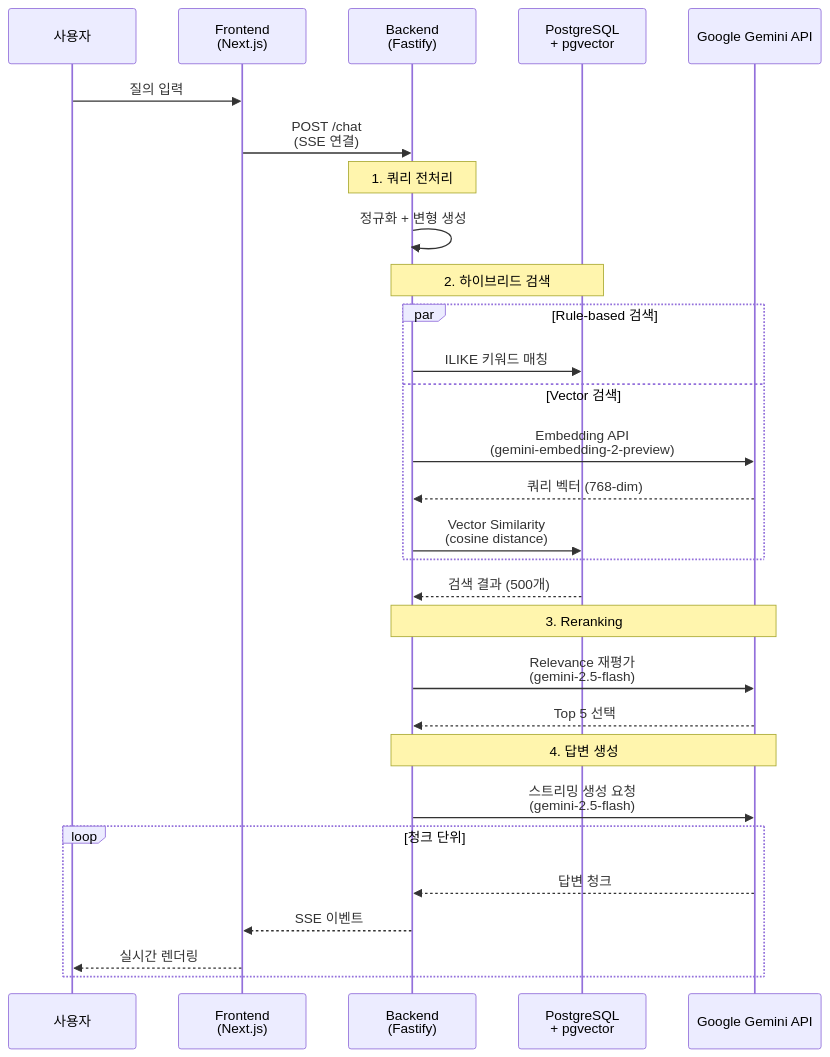
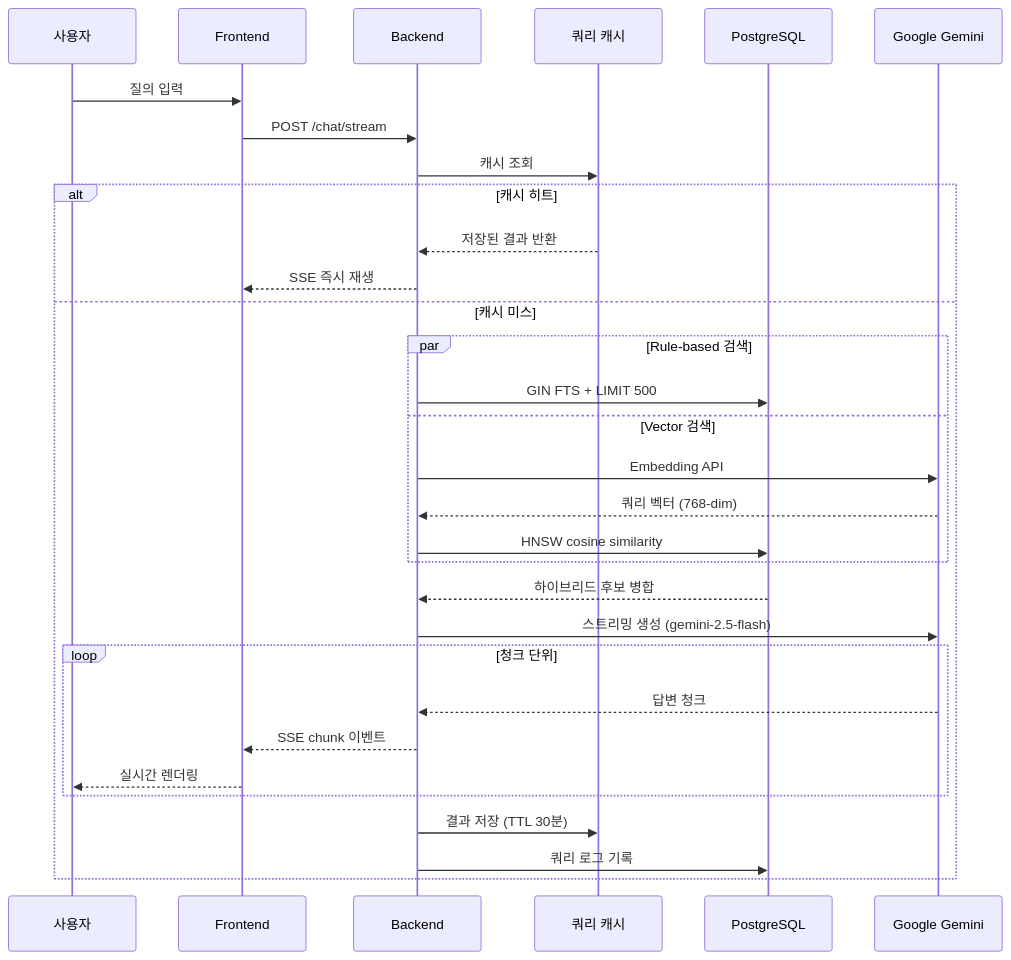
One commit to jdhert/CS-ChatBot changed the third of 3 diagrams in README.md. Above: the diagram before and after it, drawn with Mermaid. The commit also changed other lines of this file, not shown here.

````diff
--- a/README.md
+++ b/README.md
@@ -364,36 +310,34 @@
 ```mermaid
 sequenceDiagram
     participant User as 사용자
-    participant FE as Frontend<br/>(Next.js)
-    participant BE as Backend<br/>(Fastify)
-    participant DB as PostgreSQL<br/>+ pgvector
-    participant Gemini as Google Gemini API
+    participant FE as Frontend
+    participant BE as Backend
+    participant Cache as 쿼리 캐시
+    participant DB as PostgreSQL
+    participant Gemini as Google Gemini
 
     User->>FE: 질의 입력
-    FE->>BE: POST /chat<br/>(SSE 연결)
-
-    Note over BE: 1. 쿼리 전처리
-    BE->>BE: 정규화 + 변형 생성
-
-    Note over BE,DB: 2. 하이브리드 검색
-    par Rule-based 검색
-        BE->>DB: ILIKE 키워드 매칭
-    and Vector 검색
-        BE->>Gemini: Embedding API<br/>(gemini-embedding-2-preview)
-        Gemini-->>BE: 쿼리 벡터 (768-dim)
-        BE->>DB: Vector Similarity<br/>(cosine distance)
-    end
-    DB-->>BE: 검색 결과 (500개)
-
-    Note over BE,Gemini: 3. Reranking
-    BE->>Gemini: Relevance 재평가<br/>(gemini-2.5-flash)
-    Gemini-->>BE: Top 5 선택
-
-    Note over BE,Gemini: 4. 답변 생성
-    BE->>Gemini: 스트리밍 생성 요청<br/>(gemini-2.5-flash)
-    loop 청크 단위
-        Gemini-->>BE: 답변 청크
-        BE-->>FE: SSE 이벤트
-        FE-->>User: 실시간 렌더링
+    FE->>BE: POST /chat/stream
+    BE->>Cache: 캐시 조회
+    alt 캐시 히트
+        Cache-->>BE: 저장된 결과 반환
+        BE-->>FE: SSE 즉시 재생
+    else 캐시 미스
+        par Rule-based 검색
+            BE->>DB: GIN FTS + LIMIT 500
+        and Vector 검색
+            BE->>Gemini: Embedding API
+            Gemini-->>BE: 쿼리 벡터 (768-dim)
+            BE->>DB: HNSW cosine similarity
+        end
+        DB-->>BE: 하이브리드 후보 병합
+        BE->>Gemini: 스트리밍 생성 (gemini-2.5-flash)
+        loop 청크 단위
+            Gemini-->>BE: 답변 청크
+            BE-->>FE: SSE chunk 이벤트
+            FE-->>User: 실시간 렌더링
+        end
+        BE->>Cache: 결과 저장 (TTL 30분)
+        BE->>DB: 쿼리 로그 기록
     end
 ```
````
